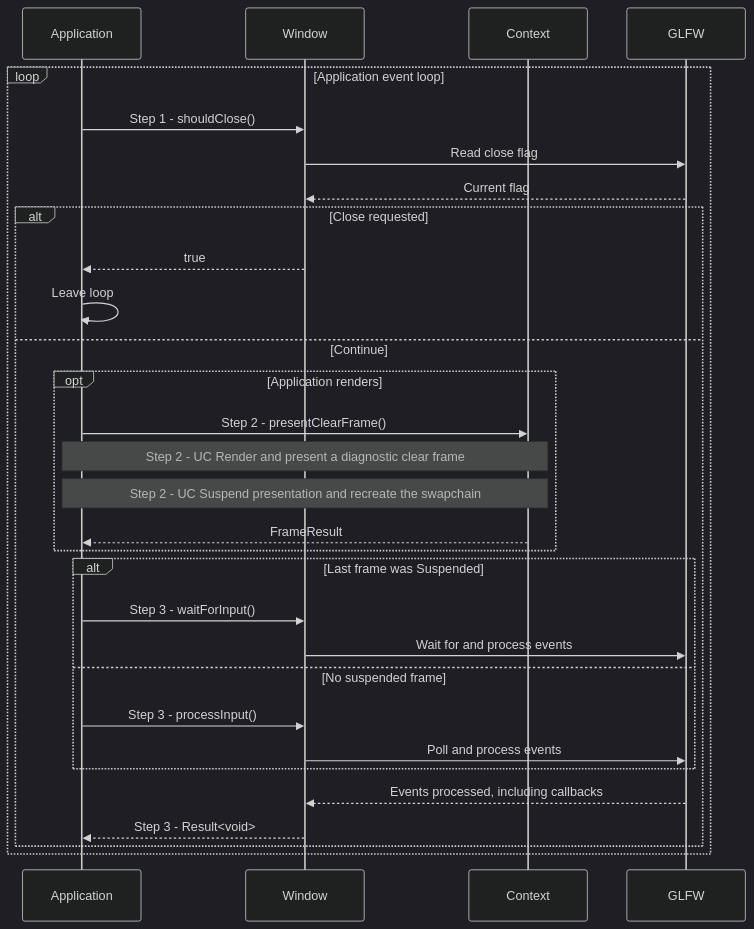
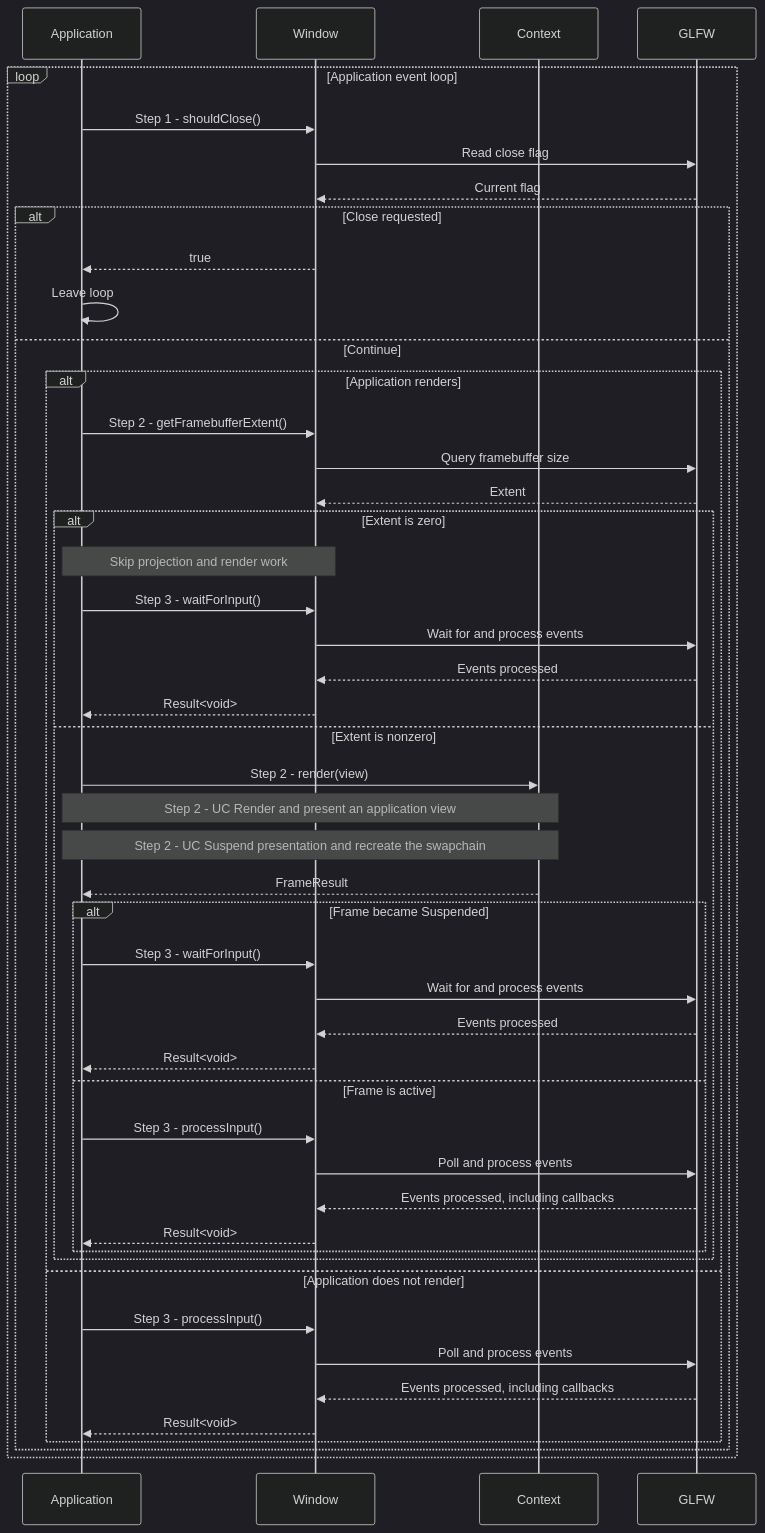
Before and after one commit to a-soltysik/Panda: the diagram in docs/use-cases/run-window-event-loop.md, drawn with Mermaid (dark theme). The commit also changed other lines of this file and 68 other files, not shown here.

````diff
--- a/docs/use-cases/run-window-event-loop.md
+++ b/docs/use-cases/run-window-event-loop.md
@@ -46,32 +48,50 @@
 ```mermaid
 sequenceDiagram
     participant A as Application
     participant W as Window
     participant C as Context
     participant G as GLFW
     loop Application event loop
         A->>W: Step 1 - shouldClose()
         W->>G: Read close flag
         G-->>W: Current flag
         alt Close requested
             W-->>A: true
             A->>A: Leave loop
         else Continue
-            opt Application renders
-                A->>C: Step 2 - presentClearFrame()
-                Note over A,C: Step 2 - UC Render and present a diagnostic clear frame
-                Note over A,C: Step 2 - UC Suspend presentation and recreate the swapchain
-                C-->>A: FrameResult
-            end
-            alt Last frame was Suspended
-                A->>W: Step 3 - waitForInput()
-                W->>G: Wait for and process events
-            else No suspended frame
+            alt Application renders
+                A->>W: Step 2 - getFramebufferExtent()
+                W->>G: Query framebuffer size
+                G-->>W: Extent
+                alt Extent is zero
+                    Note over A,W: Skip projection and render work
+                    A->>W: Step 3 - waitForInput()
+                    W->>G: Wait for and process events
+                    G-->>W: Events processed
+                    W-->>A: Result<void>
+                else Extent is nonzero
+                    A->>C: Step 2 - render(view)
+                    Note over A,C: Step 2 - UC Render and present an application view
+                    Note over A,C: Step 2 - UC Suspend presentation and recreate the swapchain
+                    C-->>A: FrameResult
+                    alt Frame became Suspended
+                        A->>W: Step 3 - waitForInput()
+                        W->>G: Wait for and process events
+                        G-->>W: Events processed
+                        W-->>A: Result<void>
+                    else Frame is active
+                        A->>W: Step 3 - processInput()
+                        W->>G: Poll and process events
+                        G-->>W: Events processed, including callbacks
+                        W-->>A: Result<void>
+                    end
+                end
+            else Application does not render
                 A->>W: Step 3 - processInput()
                 W->>G: Poll and process events
+                G-->>W: Events processed, including callbacks
+                W-->>A: Result<void>
             end
-            G-->>W: Events processed, including callbacks
-            W-->>A: Step 3 - Result<void>
         end
     end
 ```
````
